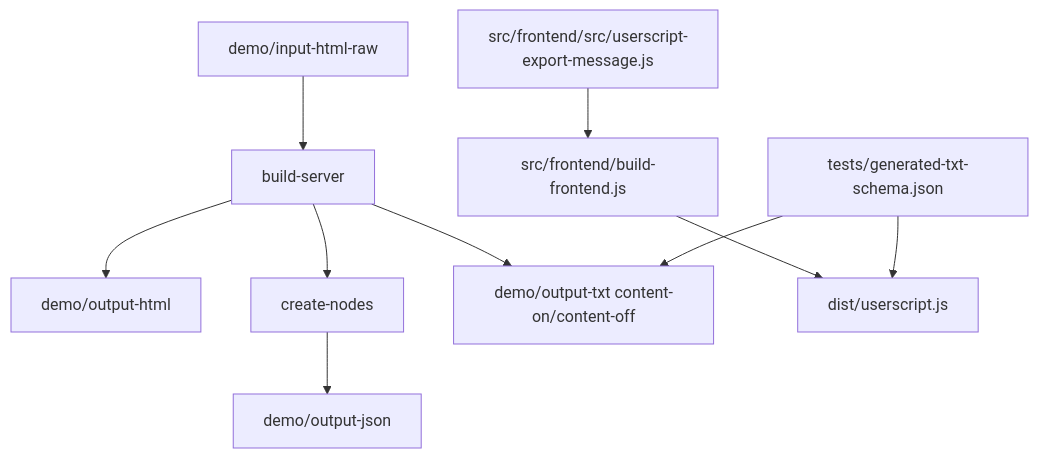
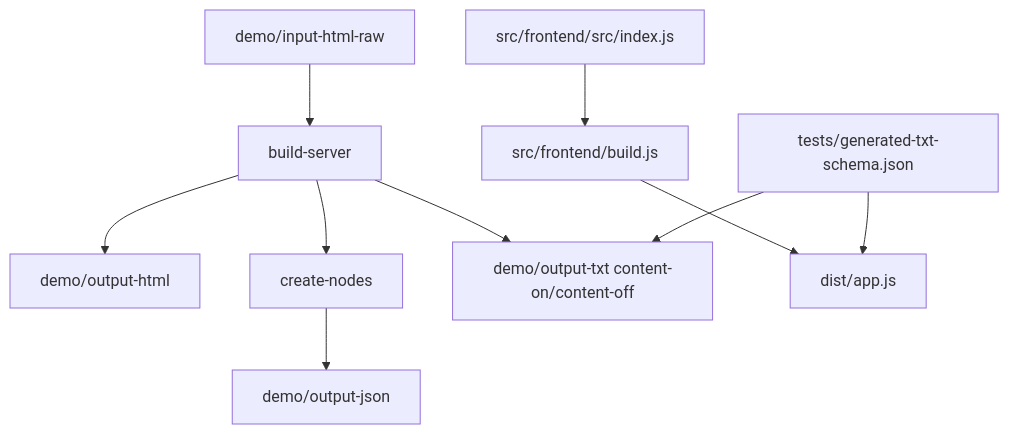
Before and after one commit to klipolis/fb-chat-export: the diagram in docs/README.md, drawn with Mermaid. The commit also changed other lines of this file and 34 other files, not shown here.

````diff
--- a/docs/README.md
+++ b/docs/README.md
@@ -7,12 +7,12 @@
 ```mermaid
 flowchart TD
 	A[demo/input-html-raw] --> B[build-server]
 	B --> C[demo/output-html]
 	B --> D[create-nodes]
 	D --> E[demo/output-json]
 	B --> F[demo/output-txt content-on/content-off]
-	G[src/frontend/src/userscript-export-message.js] --> H[src/frontend/build-frontend.js]
-	H --> I[dist/userscript.js]
+	G[src/frontend/src/index.js] --> H[src/frontend/build.js]
+	H --> I[dist/app.js]
 	J[tests/generated-txt-schema.json] --> F
 	J --> I
 ```
````
